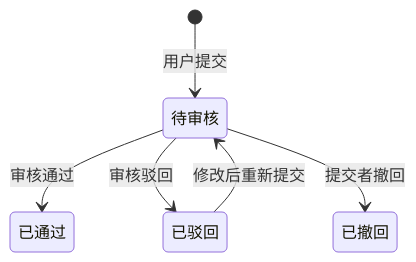
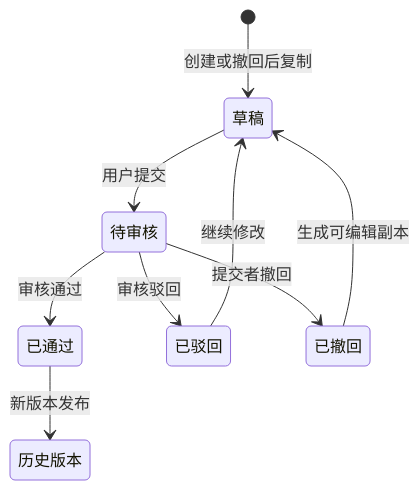
One commit to autopoet/diansai-debug-handbook changed the third of 3 diagrams in docs/ARCHITECTURE.md. Above: the diagram before and after it, drawn with Mermaid. The commit also changed other lines of this file and 48 other files, not shown here.

````diff
--- a/docs/ARCHITECTURE.md
+++ b/docs/ARCHITECTURE.md
@@ -119,8 +123,11 @@
 ```mermaid
 stateDiagram-v2
-    [*] --> 待审核: 用户提交
+    [*] --> 草稿: 创建或撤回后复制
+    草稿 --> 待审核: 用户提交
     待审核 --> 已通过: 审核通过
     待审核 --> 已驳回: 审核驳回
     待审核 --> 已撤回: 提交者撤回
-    已驳回 --> 待审核: 修改后重新提交
+    已撤回 --> 草稿: 生成可编辑副本
+    已驳回 --> 草稿: 继续修改
+    已通过 --> 历史版本: 新版本发布
 ```
````
